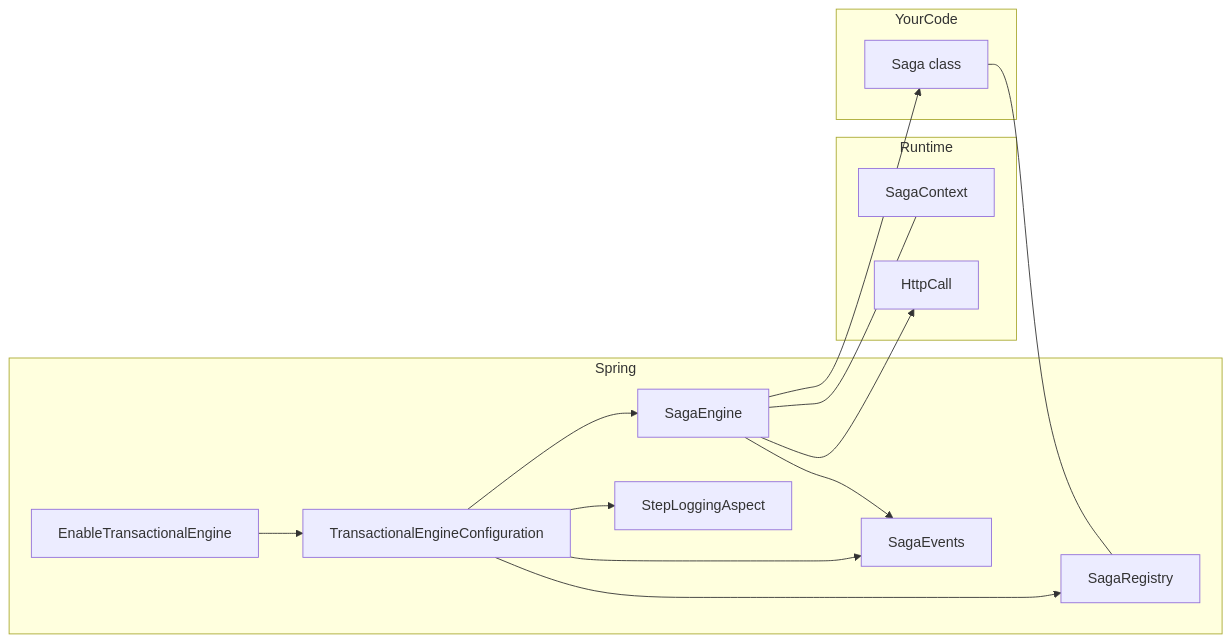
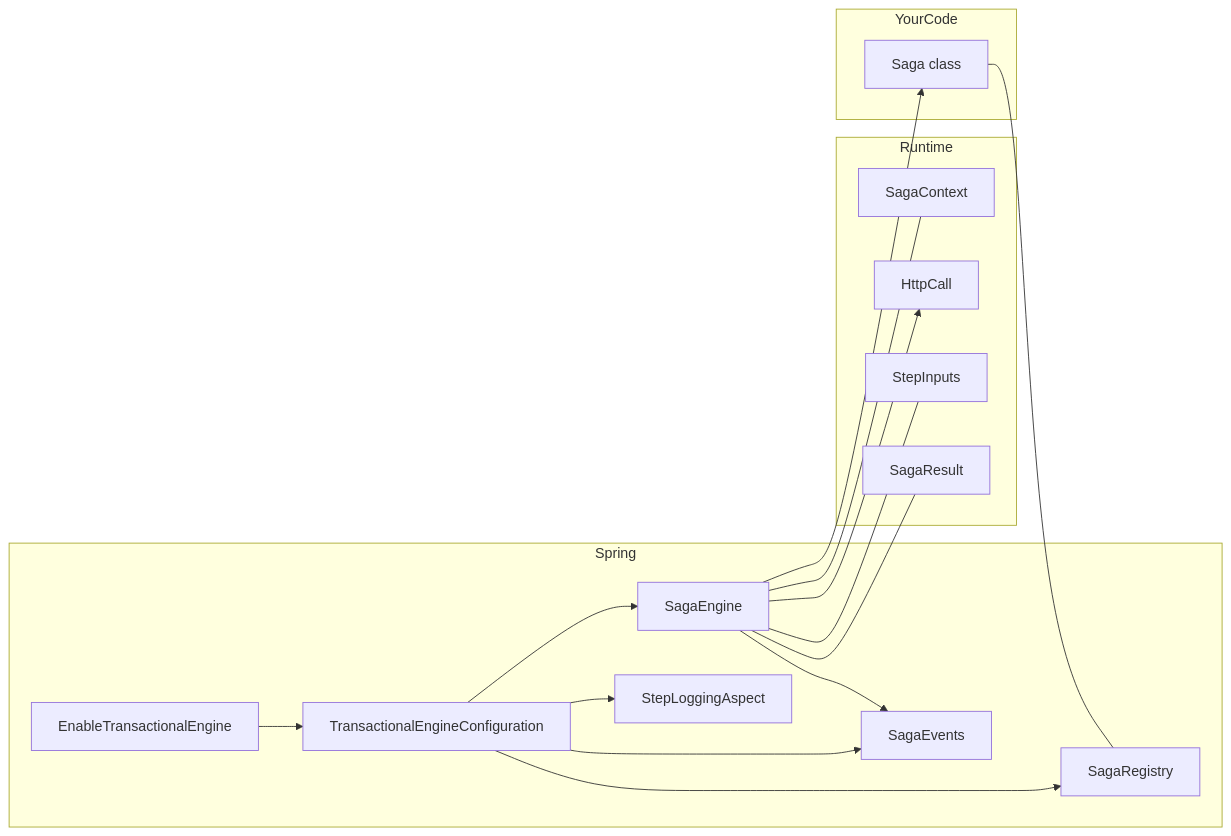
The third of 3 diagrams in README.md (firefly-oss/lib-transactional-engine), drawn with Mermaid before and after one commit. The commit also changed other lines of this file and 1 other file, not shown here.

````diff
--- a/README.md
+++ b/README.md
@@ -124,28 +264,32 @@
 ```mermaid
 flowchart LR
   subgraph Spring
     CFG[EnableTransactionalEngine]
     CONF[TransactionalEngineConfiguration]
     REG[SagaRegistry]
     ENG[SagaEngine]
     AOP[StepLoggingAspect]
     OBS[SagaEvents]
   end
   subgraph Runtime
     CTX[SagaContext]
     IO[HttpCall]
+    INP[StepInputs]
+    RES[SagaResult]
   end
   subgraph YourCode
     ORC[Saga class]
   end
   CFG --> CONF
   CONF --> REG
   CONF --> ENG
   CONF --> AOP
   CONF --> OBS
   ORC --- REG
   ENG --- CTX
   ENG --> OBS
   ENG --> ORC
   ENG --> IO
+  ENG --- INP
+  ENG --- RES
 ```
````
